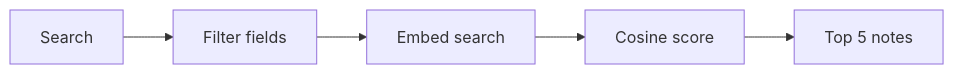
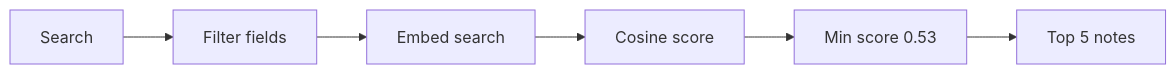
One commit to sabrahermassi/injury-journal-ai-agent changed the third of 3 diagrams in README.md. Above: the diagram before and after it, drawn with Mermaid. The commit also changed other lines of this file and 7 other files, not shown here.

````diff
--- a/README.md
+++ b/README.md
@@ -57,13 +57,15 @@
 ```mermaid
 flowchart LR
     Q["Search"]
     F["Filter fields"]
     V["Embed search"]
     C["Cosine score"]
+    M["Min score 0.53"]
     T["Top 5 notes"]
 
     Q --> F
     F --> V
     V --> C
-    C --> T
+    C --> M
+    M --> T
 ```
````
